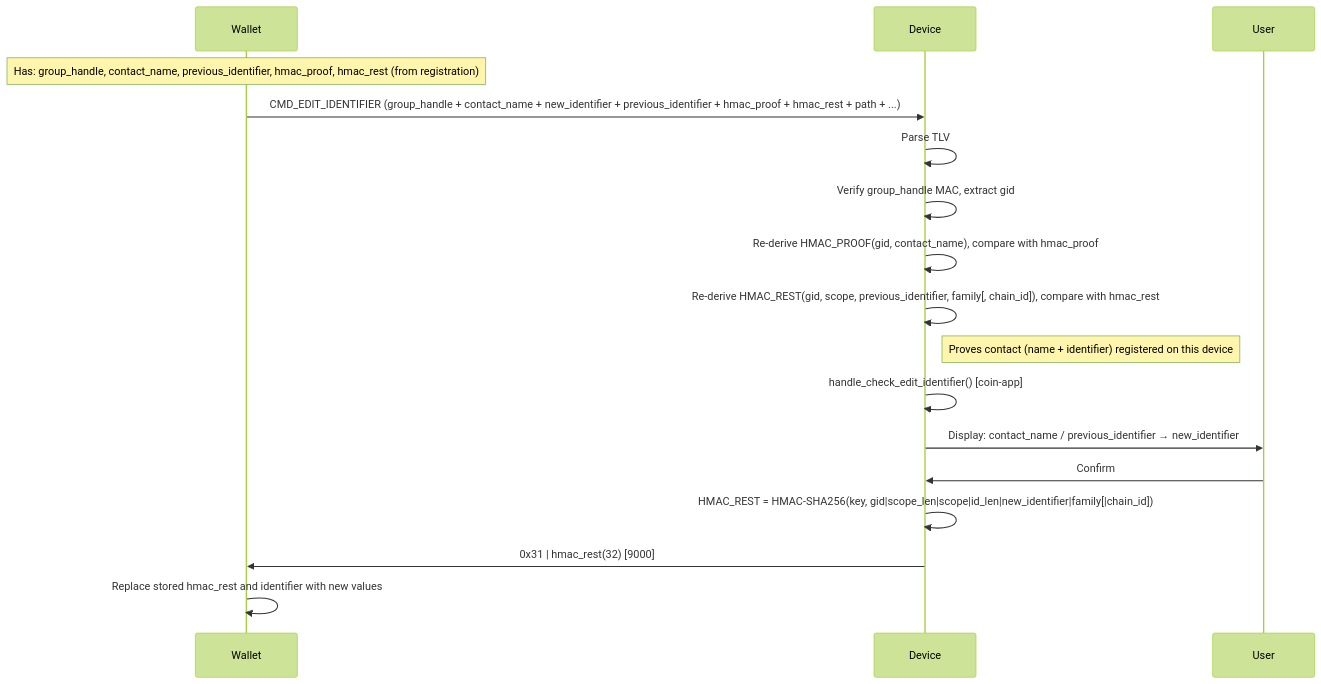
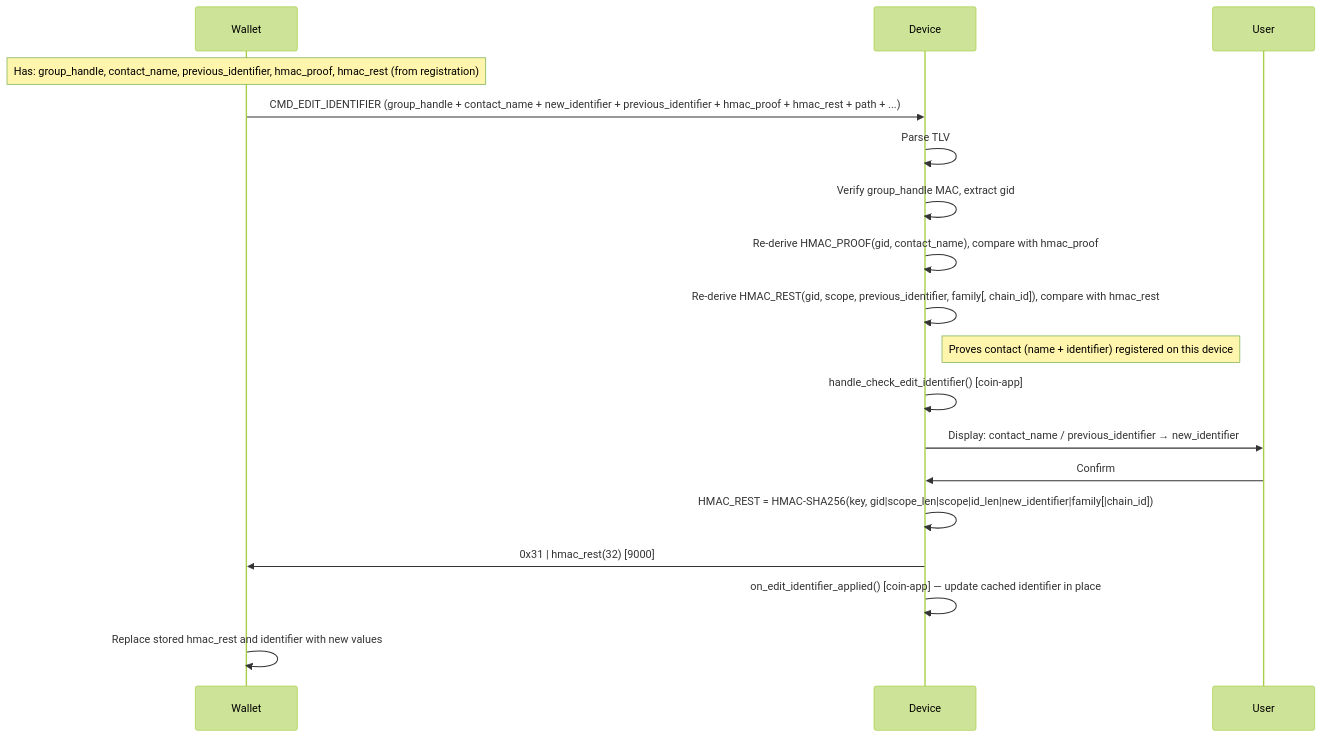
Before and after one commit to LedgerHQ/ledger-secure-sdk: the fifth of 10 diagrams in app_features/address_book/doc/address_book_spec.md, drawn with Mermaid (forest theme). The commit also changed other lines of this file, not shown here.

````diff
--- a/app_features/address_book/doc/address_book_spec.md
+++ b/app_features/address_book/doc/address_book_spec.md
@@ -420,20 +415,18 @@
 ```mermaid
 sequenceDiagram
-    participant W as Wallet
-    participant D as Device
-    participant U as User
 
-    Note over W: Has: group_handle, contact_name, previous_identifier, hmac_proof, hmac_rest (from registration)
-    W->>D: CMD_EDIT_IDENTIFIER (group_handle + contact_name + new_identifier + previous_identifier + hmac_proof + hmac_rest + path + ...)
-    D->>D: Parse TLV
-    D->>D: Verify group_handle MAC, extract gid
-    D->>D: Re-derive HMAC_PROOF(gid, contact_name), compare with hmac_proof
-    D->>D: Re-derive HMAC_REST(gid, scope, previous_identifier, family[, chain_id]), compare with hmac_rest
-    Note right of D: Proves contact (name + identifier) registered on this device
-    D->>D: handle_check_edit_identifier() [coin-app]
-    D->>U: Display: contact_name / previous_identifier → new_identifier
-    U->>D: Confirm
-    D->>D: HMAC_REST = HMAC-SHA256(key, gid|scope_len|scope|id_len|new_identifier|family[|chain_id])
-    D->>W: 0x31 | hmac_rest(32)  [9000]
-    W->>W: Replace stored hmac_rest and identifier with new values
+    Note over Wallet: Has: group_handle, contact_name, previous_identifier, hmac_proof, hmac_rest (from registration)
+    Wallet->>Device: CMD_EDIT_IDENTIFIER (group_handle + contact_name + new_identifier + previous_identifier + hmac_proof + hmac_rest + path + ...)
+    Device->>Device: Parse TLV
+    Device->>Device: Verify group_handle MAC, extract gid
+    Device->>Device: Re-derive HMAC_PROOF(gid, contact_name), compare with hmac_proof
+    Device->>Device: Re-derive HMAC_REST(gid, scope, previous_identifier, family[, chain_id]), compare with hmac_rest
+    Note right of Device: Proves contact (name + identifier) registered on this device
+    Device->>Device: handle_check_edit_identifier() [coin-app]
+    Device->>User: Display: contact_name / previous_identifier → new_identifier
+    User->>Device: Confirm
+    Device->>Device: HMAC_REST = HMAC-SHA256(key, gid|scope_len|scope|id_len|new_identifier|family[|chain_id])
+    Device->>Wallet: 0x31 | hmac_rest(32)  [9000]
+    Device->>Device: on_edit_identifier_applied() [coin-app] — update cached identifier in place
+    Wallet->>Wallet: Replace stored hmac_rest and identifier with new values
 ```
````
